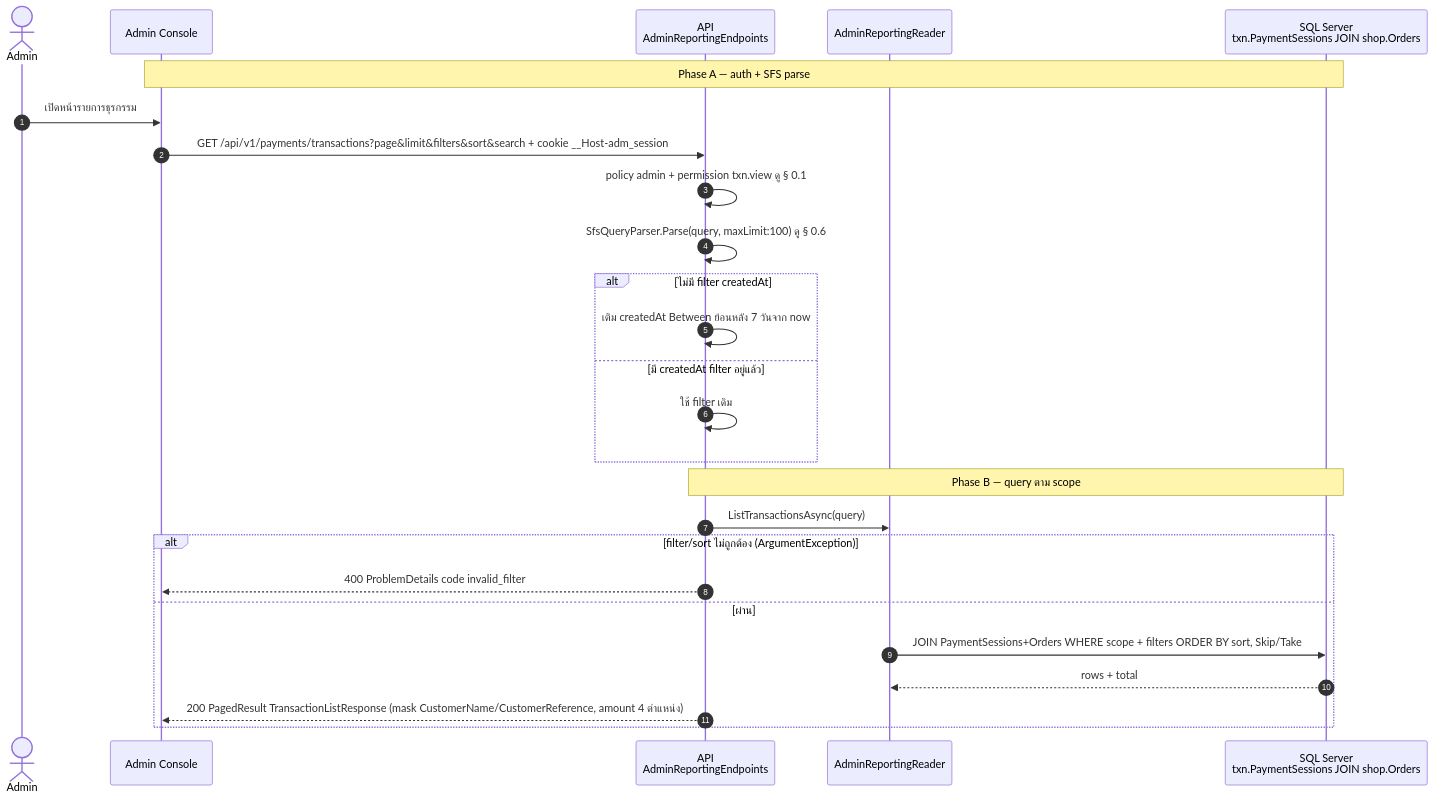
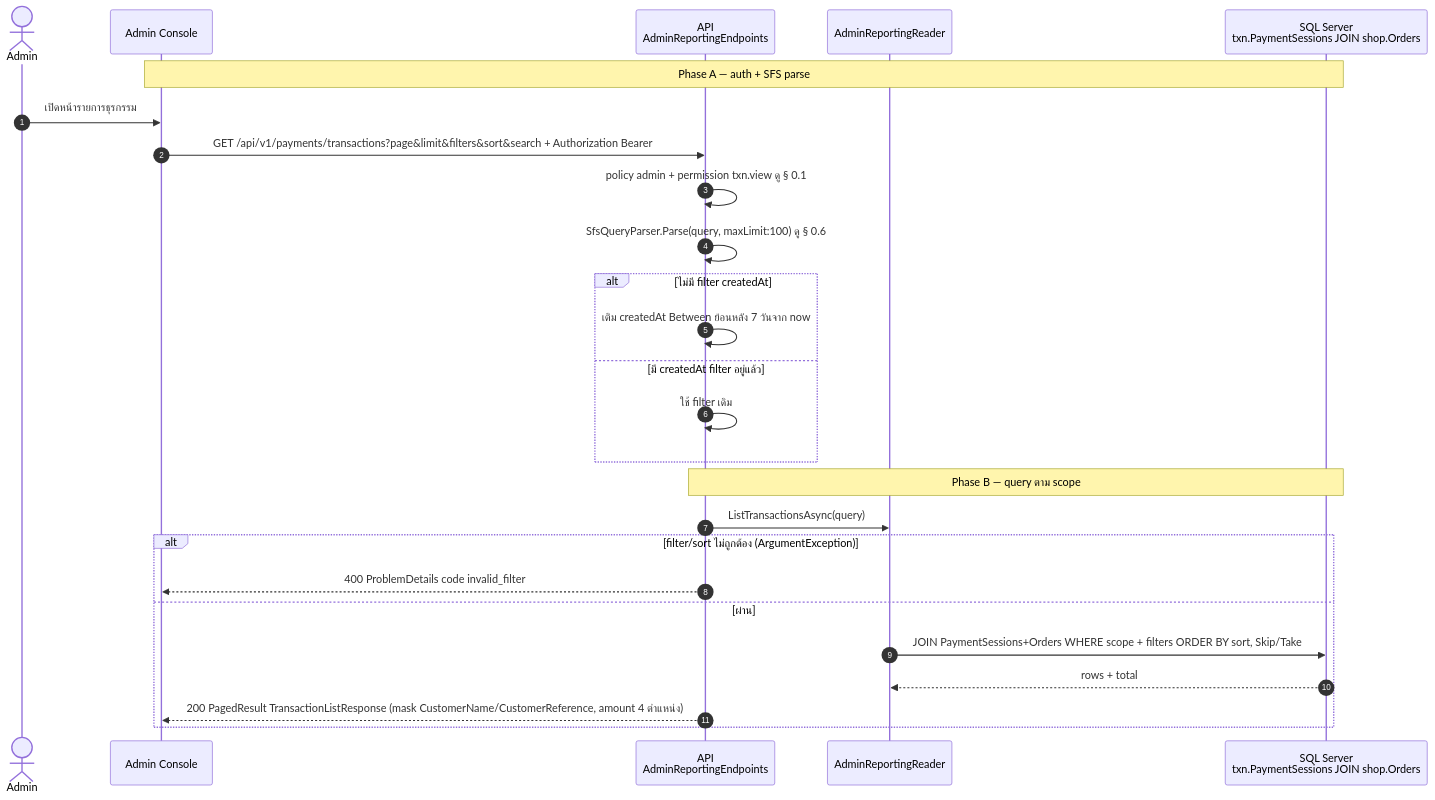
Before and after one commit to metrodiesign/pol-core: the second of 7 diagrams in outputs/diagrams/2026-09-14_api-endpoints_v1/14-inbound-webhooks-reporting-infra.sequences.md, drawn with Mermaid. The commit also changed other lines of this file and 42 other files, not shown here.

First line of the commit message:
docs: align reference docs and the API diagram set with the Bearer-only admin plane

````diff
--- a/outputs/diagrams/2026-09-14_api-endpoints_v1/14-inbound-webhooks-reporting-infra.sequences.md
+++ b/outputs/diagrams/2026-09-14_api-endpoints_v1/14-inbound-webhooks-reporting-infra.sequences.md
@@ -68,29 +68,29 @@
 ```mermaid
 sequenceDiagram
     autonumber
     actor AD as Admin
     participant CON as Admin Console
     participant API as API<br/>AdminReportingEndpoints
     participant RDR as AdminReportingReader
     participant DB as SQL Server<br/>txn.PaymentSessions JOIN shop.Orders
 
     Note over CON,DB: Phase A — auth + SFS parse
     AD->>CON: เปิดหน้ารายการธุรกรรม
-    CON->>API: GET /api/v1/payments/transactions?page&limit&filters&sort&search + cookie __Host-adm_session
+    CON->>API: GET /api/v1/payments/transactions?page&limit&filters&sort&search + Authorization Bearer
     API->>API: policy admin + permission txn.view ดู § 0.1
     API->>API: SfsQueryParser.Parse(query, maxLimit:100) ดู § 0.6
     alt ไม่มี filter createdAt
         API->>API: เติม createdAt Between ย้อนหลัง 7 วันจาก now
     else มี createdAt filter อยู่แล้ว
         API->>API: ใช้ filter เดิม
     end
     Note over API,DB: Phase B — query ตาม scope
     API->>RDR: ListTransactionsAsync(query)
     alt filter/sort ไม่ถูกต้อง (ArgumentException)
         API-->>CON: 400 ProblemDetails code invalid_filter
     else ผ่าน
         RDR->>DB: JOIN PaymentSessions+Orders WHERE scope + filters ORDER BY sort, Skip/Take
         DB-->>RDR: rows + total
         API-->>CON: 200 PagedResult TransactionListResponse (mask CustomerName/CustomerReference, amount 4 ตำแหน่ง)
     end
 ```
````
